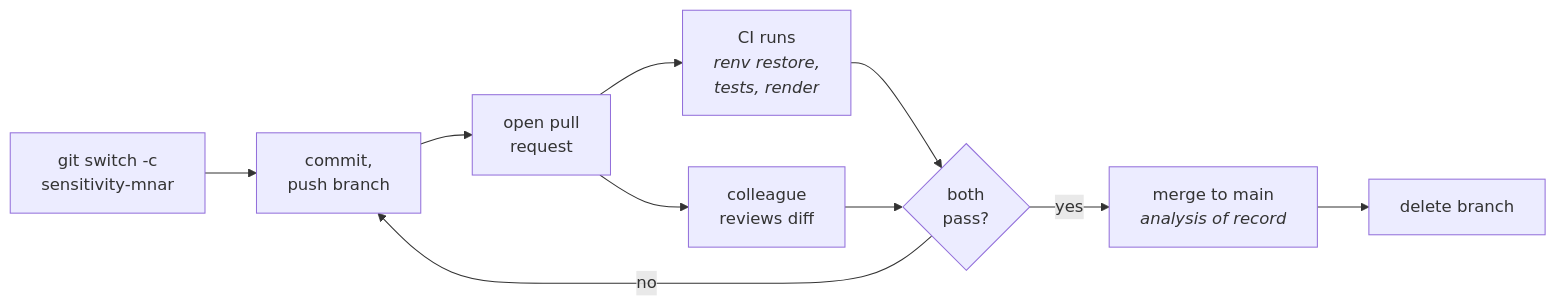
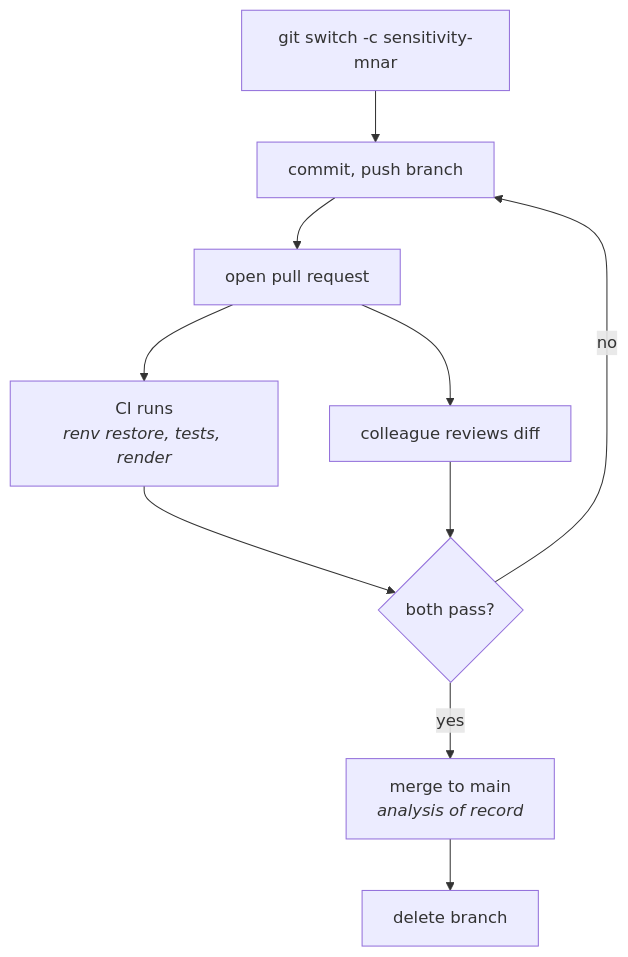
The diagram in 05b-git-teams.qmd (rgt47/practicum), drawn with Mermaid before and after one commit. The commit also changed 62 other files, not shown here.

````diff
--- a/05b-git-teams.qmd
+++ b/05b-git-teams.qmd
@@ -221,17 +221,18 @@
 ```{mermaid}
+%%| echo: false
 %%| label: fig-git-pr
 %%| fig-cap: "The feature-branch workflow. Work never lands on `main`
 %%|   directly: it arrives through a pull request that CI has checked
 %%|   and a colleague has read. The branch is short-lived and is
 %%|   deleted once merged."
-flowchart LR
-  A["git switch -c<br/>sensitivity-mnar"] --> B["commit,<br/>push branch"]
-  B --> C["open pull<br/>request"]
-  C --> D["CI runs<br/><i>renv restore,<br/>tests, render</i>"]
-  C --> E["colleague<br/>reviews diff"]
-  D --> F{"both<br/>pass?"}
+flowchart TD
+  A["git switch -c sensitivity-mnar"] --> B["commit, push branch"]
+  B --> C["open pull request"]
+  C --> D["CI runs<br/><i>renv restore, tests, render</i>"]
+  C --> E["colleague reviews diff"]
+  D --> F{"both pass?"}
   E --> F
   F -->|"no"| B
   F -->|"yes"| G["merge to main<br/><i>analysis of record</i>"]
   G --> H["delete branch"]
 ```
````
